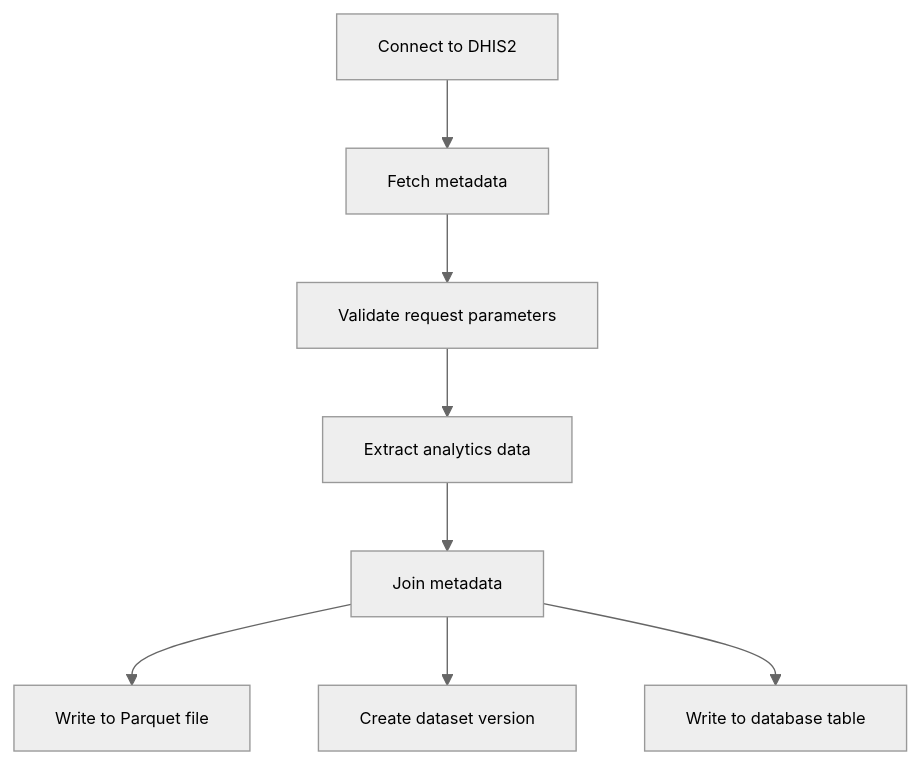
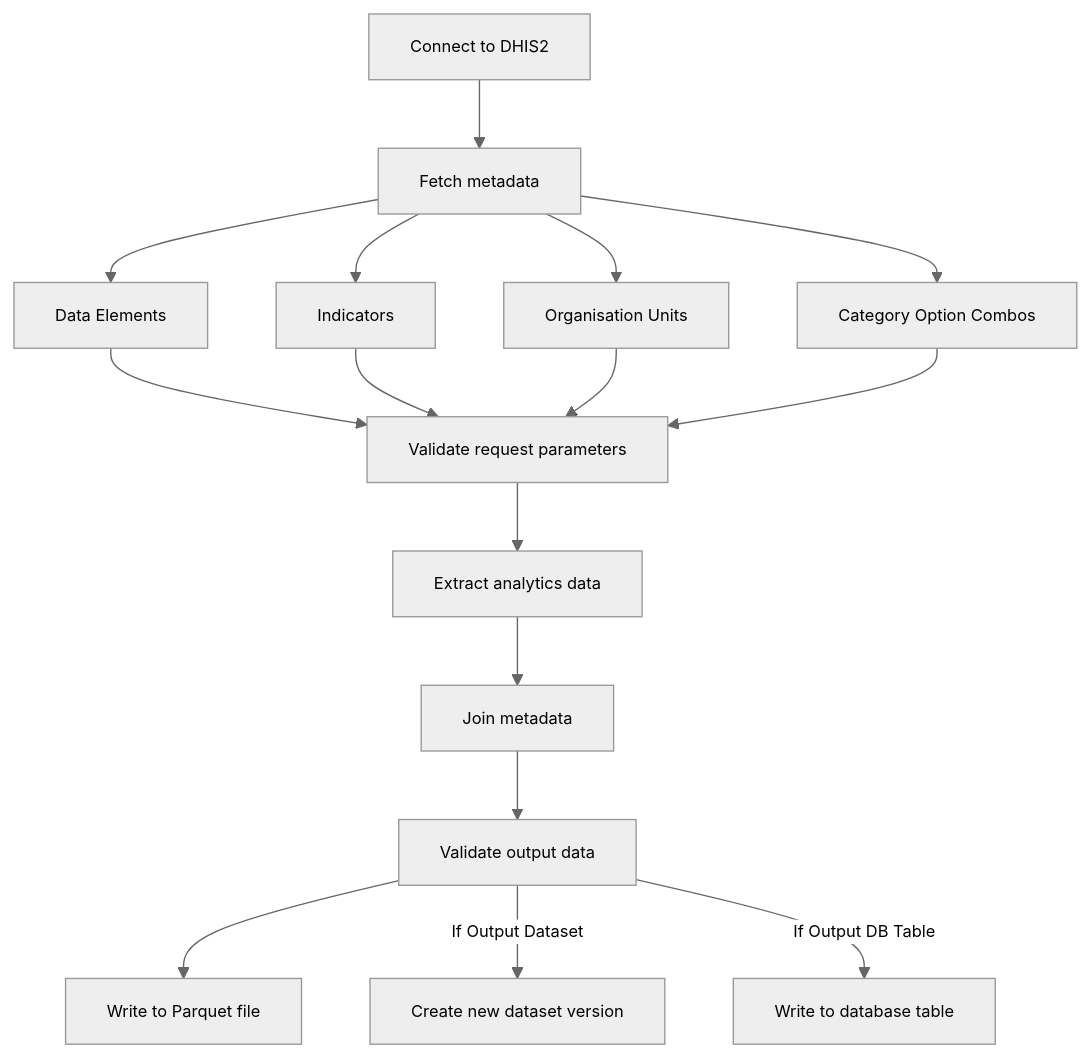
One commit to BLSQ/openhexa-templates-ds changed the diagram in dhis2_extract_analytics/README.md. Above: the diagram before and after it, drawn with Mermaid. The commit also changed other lines of this file and 8 other files, not shown here.

````diff
--- a/dhis2_extract_analytics/README.md
+++ b/dhis2_extract_analytics/README.md
@@ -91,20 +102,28 @@
 ```mermaid
 %%{init: 
 {
   "theme": "neutral",
   "themeVariables": {
     "fontFamily": "Barlow",
     "fontSize": "12px"
  }
 }
 }%%
 flowchart TB
     A[Connect to DHIS2]
     A --> C[Fetch metadata]
-    C --> D[Validate request parameters]
+    C --> C1[Data Elements]
+    C --> C2[Indicators]
+    C --> C3[Organisation Units]
+    C --> C4[Category Option Combos]
+    C1 --> D[Validate request parameters]
+    C2 --> D
+    C3 --> D
+    C4 --> D
     D --> E[Extract analytics data]
     E --> F[Join metadata]
-    F --> H[Write to Parquet file]
-    F --> I[Create dataset version]
-    F --> J[Write to database table]
+    F --> H[Validate output data]
+    H --> I[Write to Parquet file]
+    H -- If Output Dataset --> J[Create new dataset version]
+    H -- If Output DB Table --> K[Write to database table]
 ```
````
